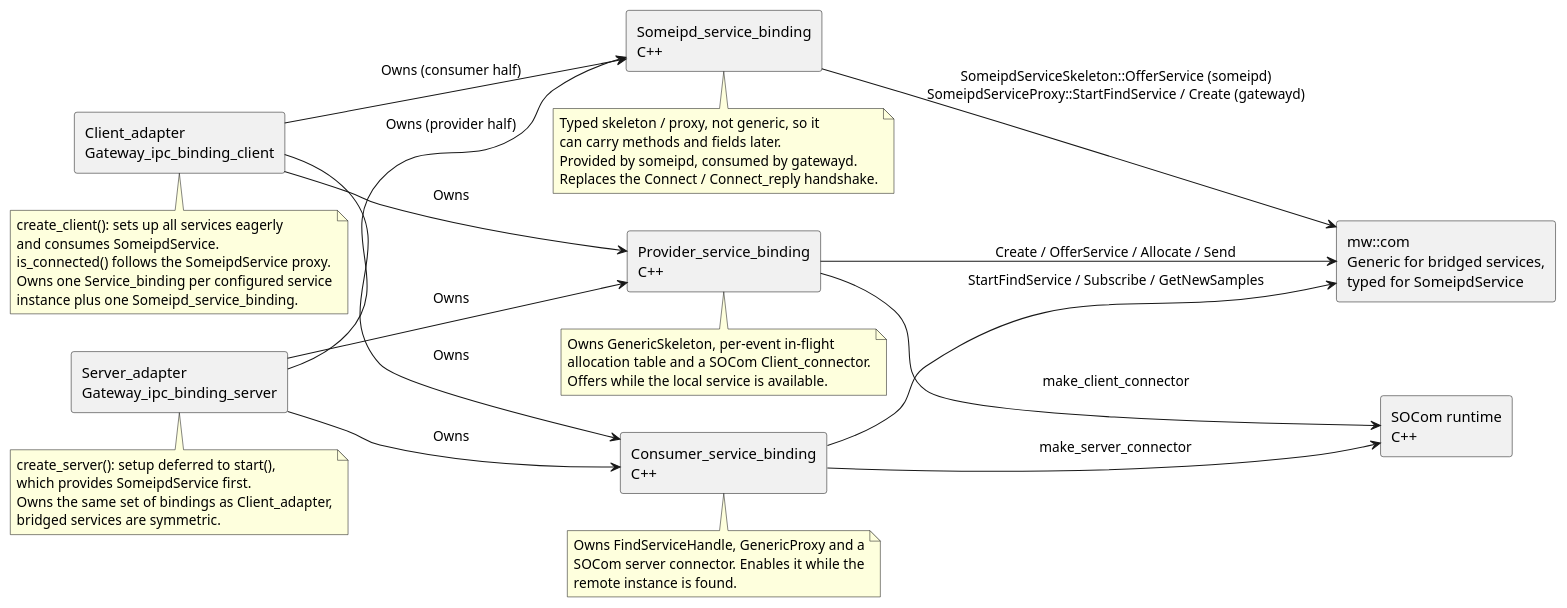
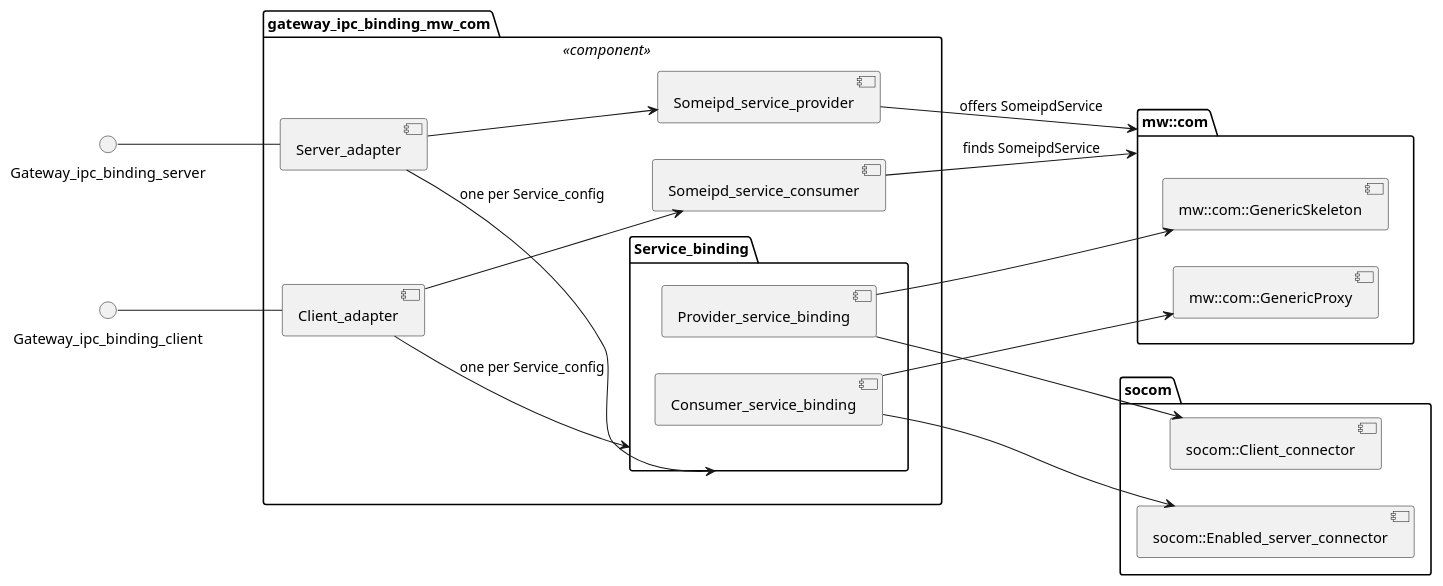
Before and after one commit to eclipse-score/inc_someip_gateway: the diagram in score/gateway_ipc_binding/docs/models/component_diagram_gateway_ipc_binding_mw_com.puml, drawn with PlantUML. The commit also changed other lines of this file, not shown here.

Commit message:
update component diagram to match sequence diagrams

```diff
--- a/score/gateway_ipc_binding/docs/models/component_diagram_gateway_ipc_binding_mw_com.puml
+++ b/score/gateway_ipc_binding/docs/models/component_diagram_gateway_ipc_binding_mw_com.puml
@@ -14,58 +13,40 @@
-@startuml
+@startuml component_diagram_gateway_ipc_binding_mw_com
 left to right direction
-skinparam componentStyle rectangle
 
-component "Client_adapter\nGateway_ipc_binding_client" as client
-component "Server_adapter\nGateway_ipc_binding_server" as server
-component "Provider_service_binding\nC++" as provider
-component "Consumer_service_binding\nC++" as consumer
-component "Someipd_service_binding\nC++" as sdsvc
-component "SOCom runtime\nC++" as runtime
-component "mw::com\nGeneric for bridged services,\ntyped for SomeipdService" as mwcom
+interface "Gateway_ipc_binding_server" as server_api
+interface "Gateway_ipc_binding_client" as client_api
 
-note bottom of client
-  create_client(): sets up all services eagerly
-  and consumes SomeipdService.
-  is_connected() follows the SomeipdService proxy.
-  Owns one Service_binding per configured service
-  instance plus one Someipd_service_binding.
-end note
+package "gateway_ipc_binding_mw_com" as binding <<component>> {
+  component "Server_adapter" as server
+  component "Client_adapter" as client
+  component "Someipd_service_provider" as sdsvc_provider
+  package "Service_binding" as service_binding {
+    component "Provider_service_binding" as provider
+    component "Consumer_service_binding" as consumer
+  }
+  component "Someipd_service_consumer" as sdsvc_consumer
+}
 
-note bottom of server
-  create_server(): setup deferred to start(),
-  which provides SomeipdService first.
-  Owns the same set of bindings as Client_adapter,
-  bridged services are symmetric.
-end note
+package "mw::com" as mwcom {
+  component "mw::com::GenericSkeleton" as skeleton
+  component "mw::com::GenericProxy" as proxy
+}
 
-note bottom of sdsvc
-  Typed skeleton / proxy, not generic, so it
-  can carry methods and fields later.
-  Provided by someipd, consumed by gatewayd.
-  Replaces the Connect / Connect_reply handshake.
-end note
+package "socom" as socom {
+  component "socom::Client_connector" as client_connector
+  component "socom::Enabled_server_connector" as server_connector
+}
 
-note bottom of provider
-  Owns GenericSkeleton, per-event in-flight
-  allocation table and a SOCom Client_connector.
-  Offers while the local service is available.
-end note
-
-note bottom of consumer
-  Owns FindServiceHandle, GenericProxy and a
-  SOCom server connector. Enables it while the
-  remote instance is found.
-end note
-
-client --> provider : Owns
-client --> consumer : Owns
-client --> sdsvc : Owns (consumer half)
-server --> provider : Owns
-server --> consumer : Owns
-server --> sdsvc : Owns (provider half)
-provider --> runtime : make_client_connector
-consumer --> runtime : make_server_connector
-provider --> mwcom : Create / OfferService / Allocate / Send
-consumer --> mwcom : StartFindService / Subscribe / GetNewSamples
-sdsvc --> mwcom : SomeipdServiceSkeleton::OfferService (someipd)\nSomeipdServiceProxy::StartFindService / Create (gatewayd)
+server_api -- server
+client_api -- client
+server --> sdsvc_provider
+server --> service_binding : one per Service_config
+client --> service_binding : one per Service_config
+client --> sdsvc_consumer
+sdsvc_provider --> mwcom : offers SomeipdService
+provider --> skeleton
+consumer --> proxy
+sdsvc_consumer --> mwcom : finds SomeipdService
+provider --> client_connector
+consumer --> server_connector
 @enduml
```
